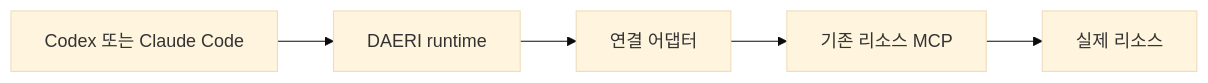
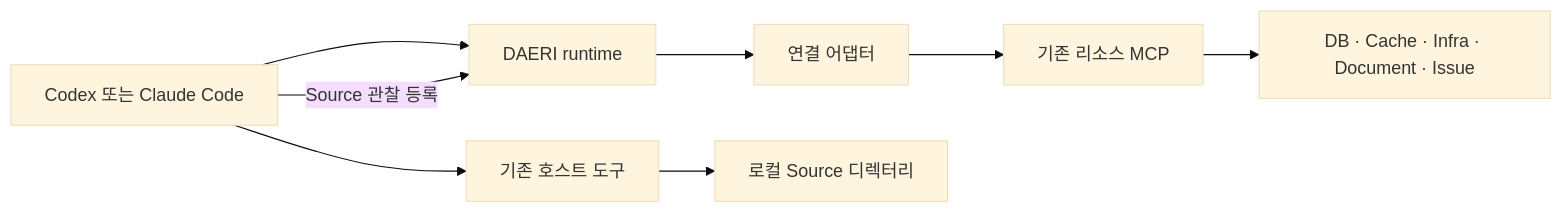
One commit to VVoodyHong/DAERI changed the diagram in docs/spec/resources/contract.md. Above: the diagram before and after it, drawn with Mermaid (base theme). The commit also changed other lines of this file and 59 other files, not shown here.

````diff
--- a/docs/spec/resources/contract.md
+++ b/docs/spec/resources/contract.md
@@ -13,7 +13,10 @@
 ```mermaid
 flowchart LR
     H[Codex 또는 Claude Code] --> D[DAERI runtime]
     D --> A[연결 어댑터]
     A --> M[기존 리소스 MCP]
-    M --> R[실제 리소스]
+    M --> R[DB · Cache · Infra · Document · Issue]
+    H --> T[기존 호스트 도구]
+    T --> S[로컬 Source 디렉터리]
+    H -->|Source 관찰 등록| D
 ```
````
